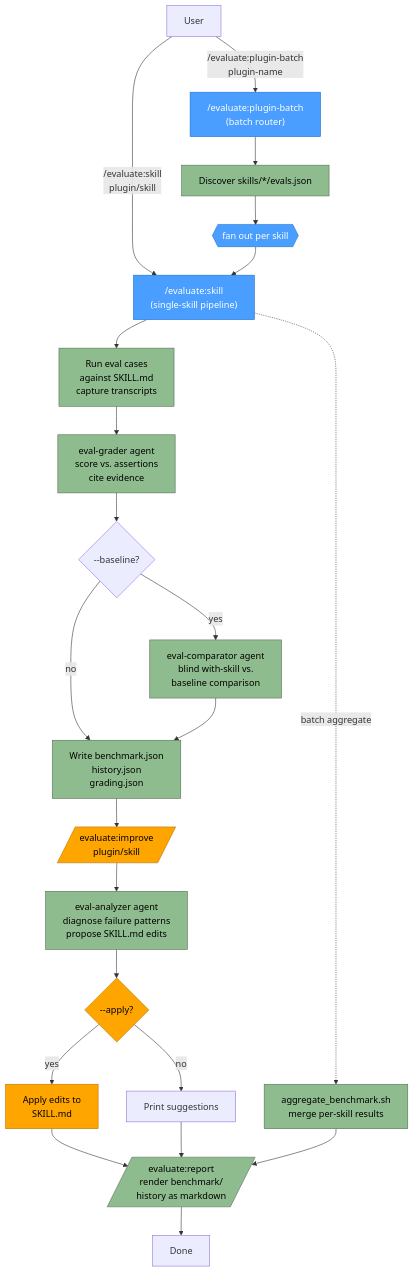
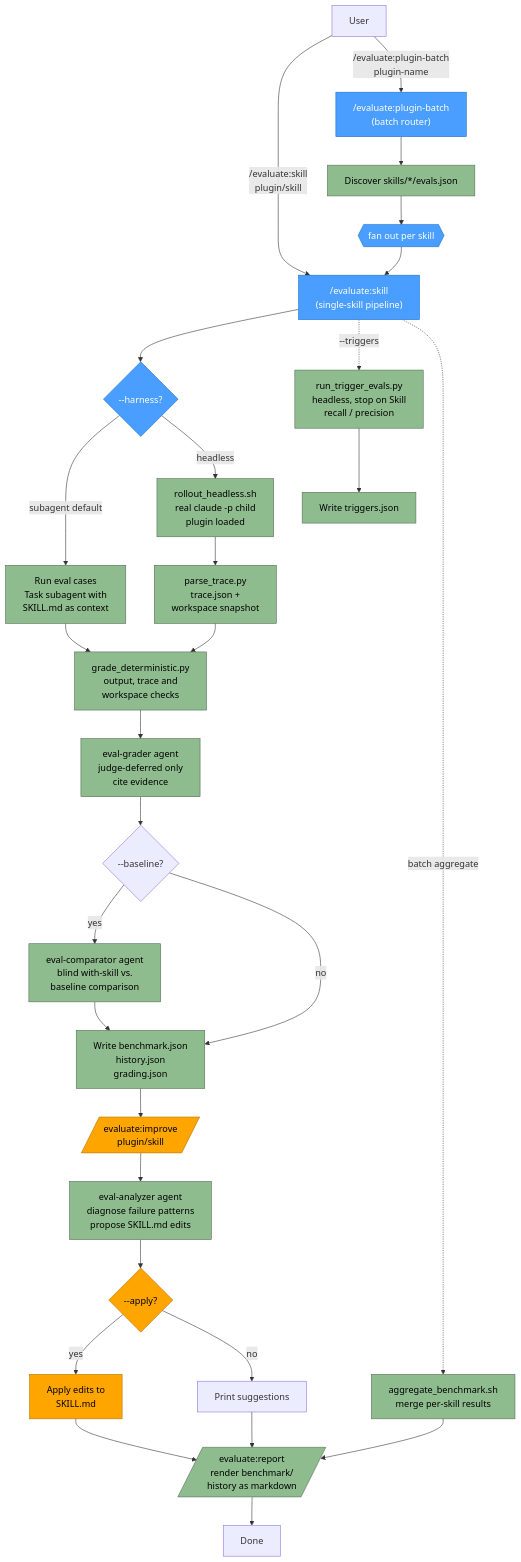
One commit to laurigates/claude-plugins changed the diagram in evaluate-plugin/docs/flow.md. Above: the diagram before and after it, drawn with Mermaid. The commit also changed other lines of this file and 37 other files, not shown here.

First line of the commit message:
feat(evaluate-plugin): headless rollouts, trace/workspace checks, trigger evals (#2909)

````diff
--- a/evaluate-plugin/docs/flow.md
+++ b/evaluate-plugin/docs/flow.md
@@ -3,39 +3,47 @@
 ```mermaid
 flowchart TD
     U[User] -->|/evaluate:skill<br/>plugin/skill| ES["/evaluate:skill<br/>(single-skill pipeline)"]
     U -->|/evaluate:plugin-batch<br/>plugin-name| EB["/evaluate:plugin-batch<br/>(batch router)"]
 
     %% Single-skill pipeline
-    ES --> RUN[Run eval cases<br/>against SKILL.md<br/>capture transcripts]
-    RUN --> GRADE[eval-grader agent<br/>score vs. assertions<br/>cite evidence]
+    ES --> HARN{--harness?}
+    HARN -->|subagent default| RUN[Run eval cases<br/>Task subagent with<br/>SKILL.md as context]
+    HARN -->|headless| HL[rollout_headless.sh<br/>real claude -p child<br/>plugin loaded]
+    HL --> TRACE[parse_trace.py<br/>trace.json +<br/>workspace snapshot]
+    RUN --> DET
+    TRACE --> DET[grade_deterministic.py<br/>output, trace and<br/>workspace checks]
+    DET --> GRADE[eval-grader agent<br/>judge-deferred only<br/>cite evidence]
+    ES -.->|"--triggers"| TRG[run_trigger_evals.py<br/>headless, stop on Skill<br/>recall / precision]
+    TRG --> TJ[Write triggers.json]
     GRADE --> CMP{--baseline?}
     CMP -->|yes| COMP[eval-comparator agent<br/>blind with-skill vs.<br/>baseline comparison]
     CMP -->|no| BENCH
     COMP --> BENCH[Write benchmark.json<br/>history.json<br/>grading.json]
 
     BENCH --> IMP[/evaluate:improve<br/>plugin/skill/]
     IMP --> ANA[eval-analyzer agent<br/>diagnose failure patterns<br/>propose SKILL.md edits]
     ANA --> APPLY{--apply?}
     APPLY -->|yes| EDIT[Apply edits to<br/>SKILL.md]
     APPLY -->|no| SUGG[Print suggestions]
     EDIT --> RPT
     SUGG --> RPT
 
     RPT[/evaluate:report<br/>render benchmark/<br/>history as markdown/]
     RPT --> DONE[Done]
 
     %% Batch side-branch
     EB --> DISC[Discover skills/*/evals.json]
     DISC --> FAN{{fan out per skill}}
     FAN --> ES
     ES -.batch aggregate.-> AGG[aggregate_benchmark.sh<br/>merge per-skill results]
     AGG --> RPT
 
     classDef router fill:#4a9eff,stroke:#1a6ecc,color:#fff
     classDef check fill:#8fbc8f,stroke:#556b55,color:#000
     classDef fix fill:#ffa500,stroke:#b37400,color:#000
 
     class ES,EB,FAN router
-    class RUN,GRADE,COMP,BENCH,ANA,RPT,AGG,DISC check
+    class RUN,GRADE,COMP,BENCH,ANA,RPT,AGG,DISC,HL,TRACE,DET,TRG,TJ check
+    class HARN router
     class EDIT,IMP,APPLY fix
 ```
````
